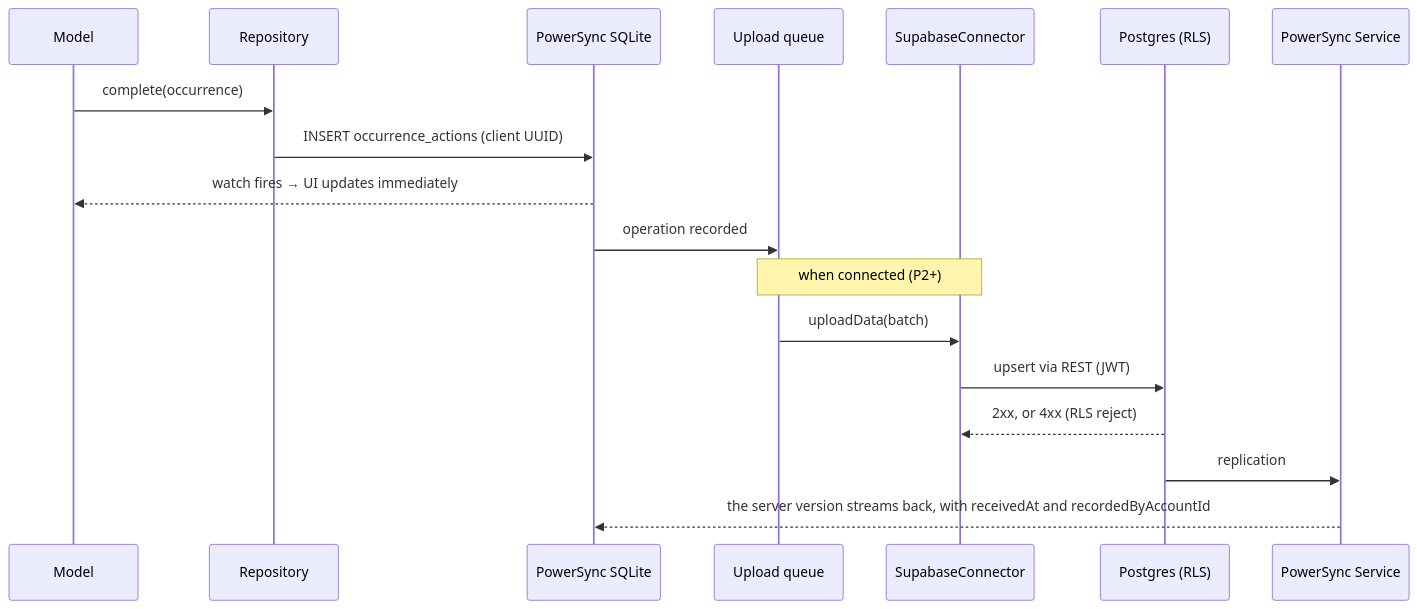
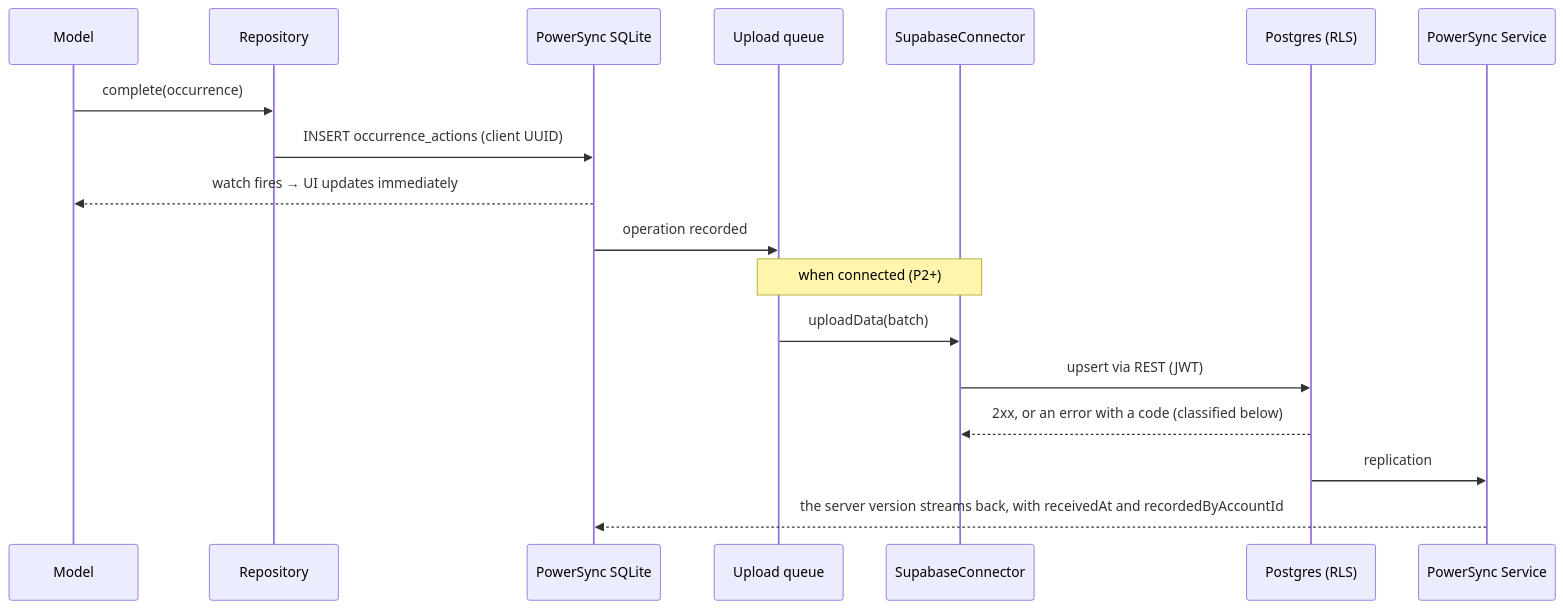
One commit to victorlou/sundial changed the fourth of 4 diagrams in docs/04-architecture.md. Above: the diagram before and after it, drawn with Mermaid. The commit also changed other lines of this file and 16 other files, not shown here.

````diff
--- a/docs/04-architecture.md
+++ b/docs/04-architecture.md
@@ -149,20 +160,20 @@
 ```mermaid
 sequenceDiagram
   participant M as Model
   participant R as Repository
   participant DB as PowerSync SQLite
   participant Q as Upload queue
   participant C as SupabaseConnector
   participant PG as Postgres (RLS)
   participant PS as PowerSync Service
   M->>R: complete(occurrence)
   R->>DB: INSERT occurrence_actions (client UUID)
   DB-->>M: watch fires → UI updates immediately
   DB->>Q: operation recorded
   Note over Q,C: when connected (P2+)
   Q->>C: uploadData(batch)
   C->>PG: upsert via REST (JWT)
-  PG-->>C: 2xx, or 4xx (RLS reject)
+  PG-->>C: 2xx, or an error with a code (classified below)
   PG->>PS: replication
   PS-->>DB: the server version streams back, with receivedAt and recordedByAccountId
 ```
````
